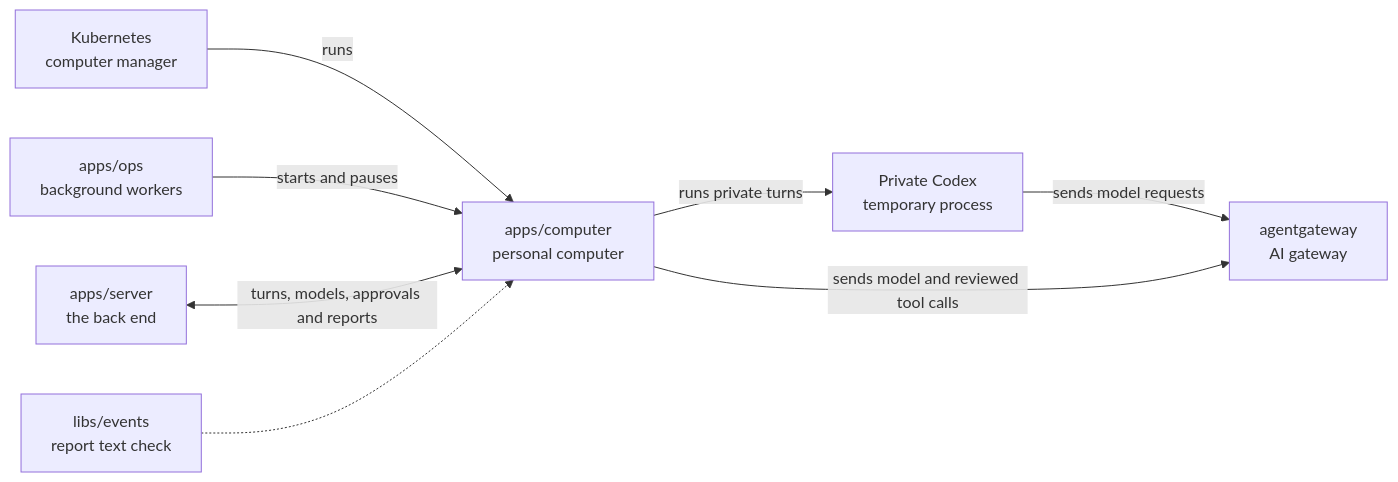
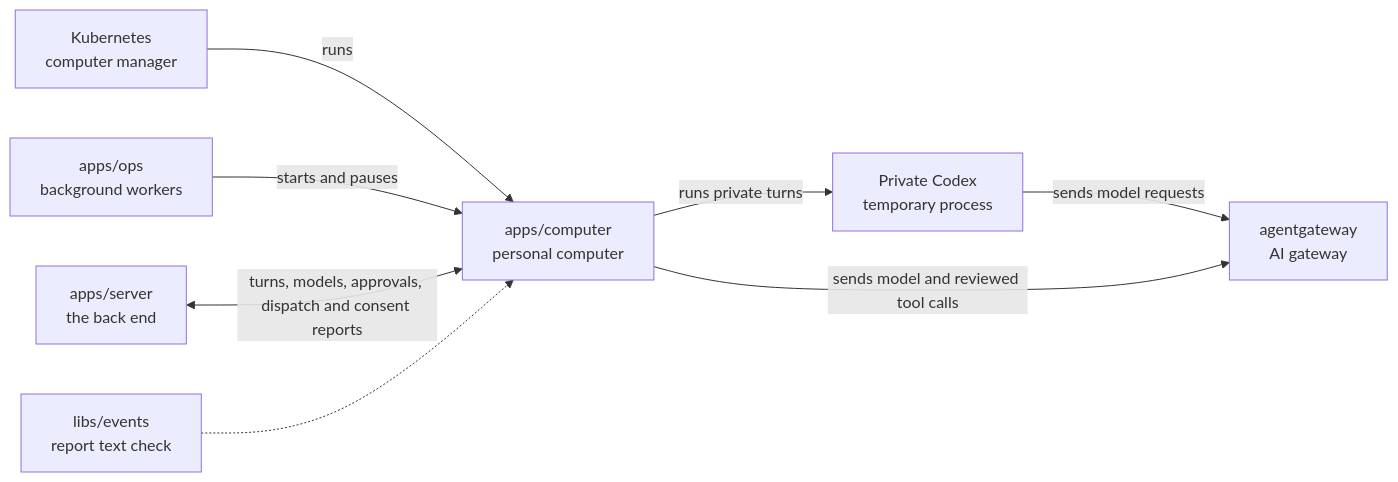
Before and after one commit to elewa-git/opencrane-new: the diagram in apps/computer/README.md, drawn with Mermaid. The commit also changed other lines of this file and 37 other files, not shown here.

````diff
--- a/apps/computer/README.md
+++ b/apps/computer/README.md
@@ -15,10 +15,10 @@
 ```mermaid
 flowchart LR
   kube["Kubernetes<br/>computer manager"] -->|runs| computer["apps/computer<br/>personal computer"]
   ops["apps/ops<br/>background workers"] -->|starts and pauses| computer
-  server["apps/server<br/>the back end"] <-->|turns, models, approvals and reports| computer
+  server["apps/server<br/>the back end"] <-->|turns, models, approvals, dispatch and consent reports| computer
   events["libs/events<br/>report text check"] -.-> computer
   computer -->|runs private turns| private["Private Codex<br/>temporary process"]
   private -->|sends model requests| gateway
   computer -->|sends model and reviewed tool calls| gateway["agentgateway<br/>AI gateway"]
 ```
````
